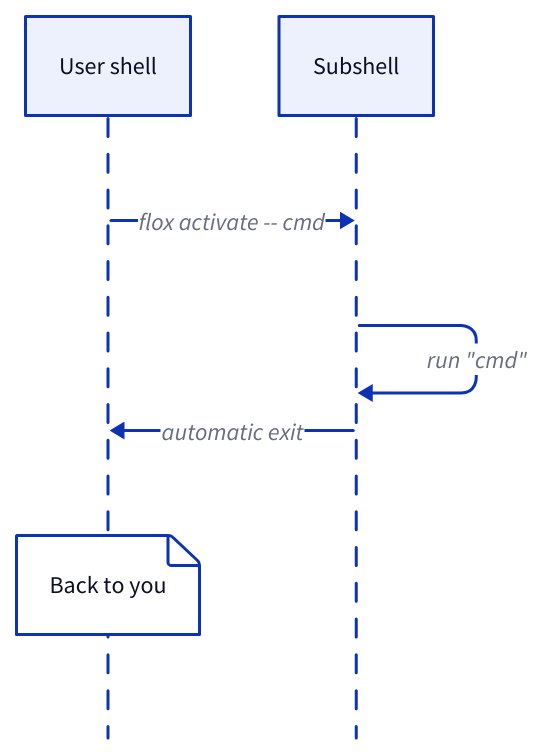
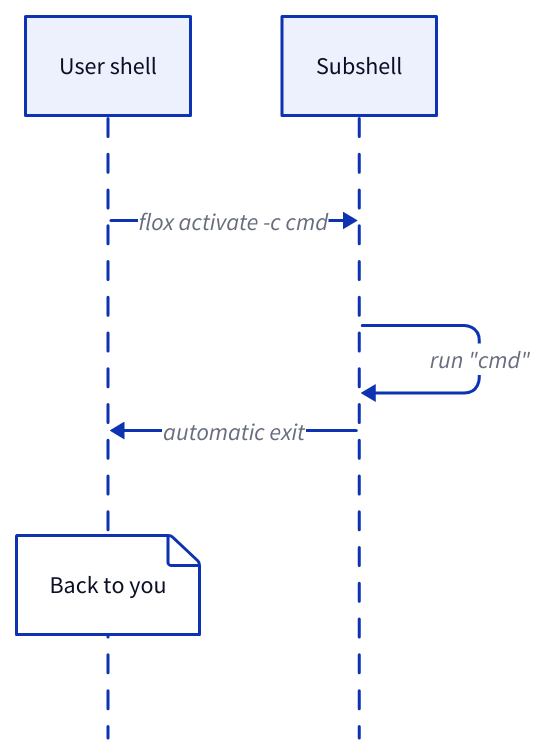
The third of 5 diagrams in docs/concepts/activation.md (flox/floxdocs), drawn with D2 before and after one commit. The commit also changed other lines of this file and 2 other files, not shown here.

````diff
--- a/docs/concepts/activation.md
+++ b/docs/concepts/activation.md
@@ -147,9 +147,9 @@
 ```d2 scale="1.0" pad="1"
 shape: sequence_diagram
 user_shell: User shell
 subshell: Subshell
-user_shell -> subshell: "flox activate -- cmd"
+user_shell -> subshell: "flox activate -c cmd"
 subshell -> subshell: run "cmd"
 subshell -> user_shell: automatic exit
 user_shell."Back to you"
 ```
````
